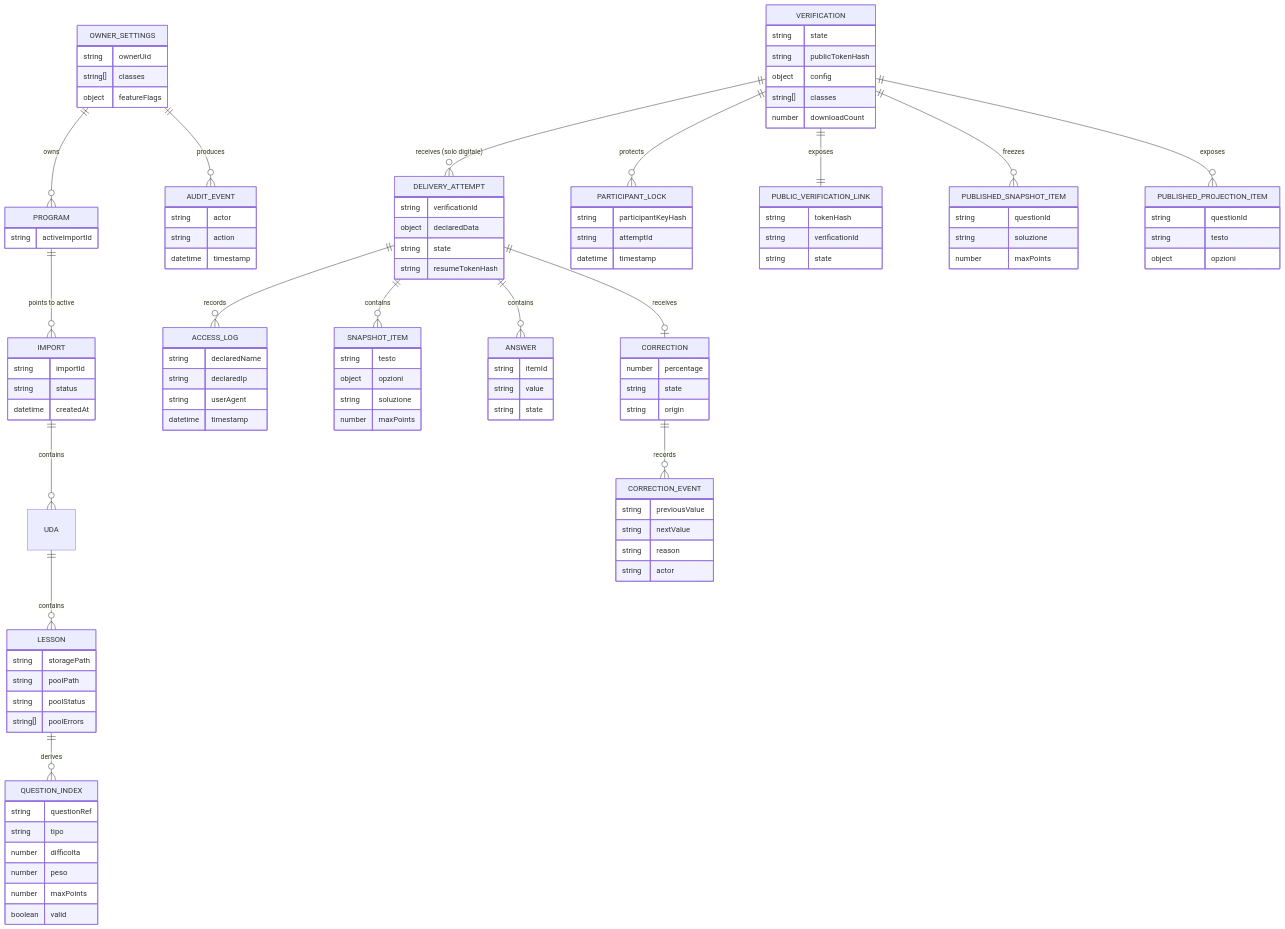
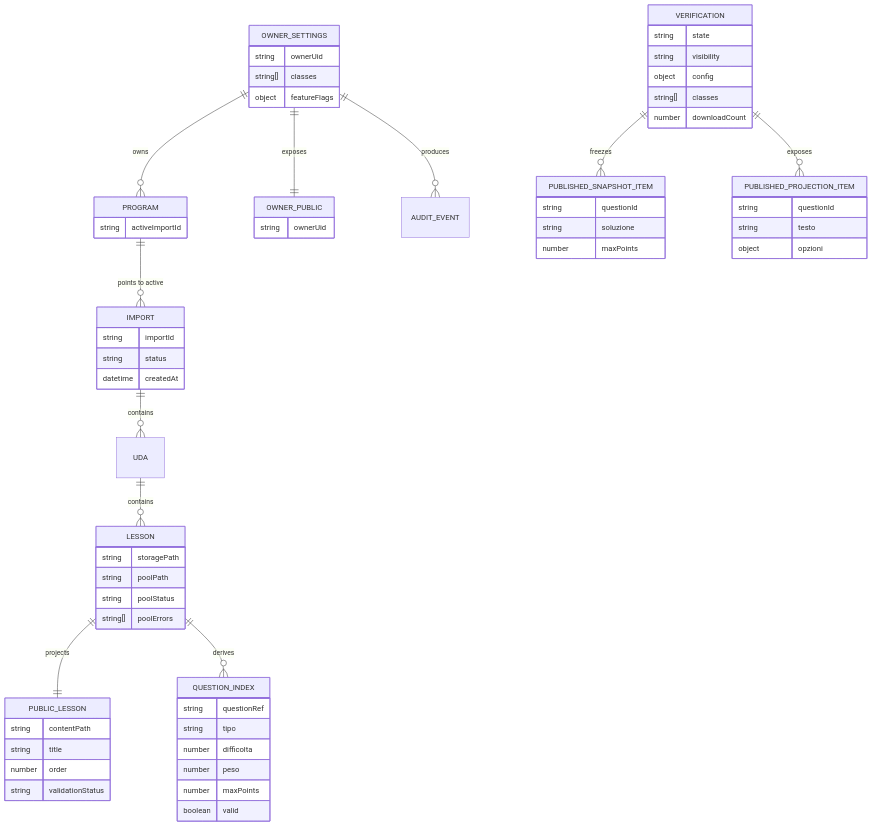
One commit to EnricoPaparo/SchoolForge changed the first of 2 diagrams in documentazione/diagrammi/er-model.md. Above: the diagram before and after it, drawn with Mermaid. The commit also changed 14 other files, not shown here.

````diff
--- a/documentazione/diagrammi/er-model.md
+++ b/documentazione/diagrammi/er-model.md
@@ -3,26 +3,23 @@
 ```mermaid
 erDiagram
     OWNER_SETTINGS ||--o{ PROGRAM : owns
+    OWNER_SETTINGS ||--|| OWNER_PUBLIC : exposes
     PROGRAM ||--o{ IMPORT : "points to active"
     IMPORT ||--o{ UDA : contains
     UDA ||--o{ LESSON : contains
+    LESSON ||--|| PUBLIC_LESSON : projects
     LESSON ||--o{ QUESTION_INDEX : derives
-    VERIFICATION ||--o{ DELIVERY_ATTEMPT : "receives (solo digitale)"
-    VERIFICATION ||--o{ PARTICIPANT_LOCK : protects
-    VERIFICATION ||--|| PUBLIC_VERIFICATION_LINK : exposes
     VERIFICATION ||--o{ PUBLISHED_SNAPSHOT_ITEM : freezes
     VERIFICATION ||--o{ PUBLISHED_PROJECTION_ITEM : exposes
-    DELIVERY_ATTEMPT ||--o{ ACCESS_LOG : records
-    DELIVERY_ATTEMPT ||--o{ SNAPSHOT_ITEM : contains
-    DELIVERY_ATTEMPT ||--o{ ANSWER : contains
-    DELIVERY_ATTEMPT ||--o| CORRECTION : receives
-    CORRECTION ||--o{ CORRECTION_EVENT : records
     OWNER_SETTINGS ||--o{ AUDIT_EVENT : produces
 
     OWNER_SETTINGS {
         string ownerUid
         string[] classes
         object featureFlags
+    }
+    OWNER_PUBLIC {
+        string ownerUid
     }
     PROGRAM {
         string activeImportId
@@ -38,6 +35,12 @@
         string poolStatus
         string[] poolErrors
     }
+    PUBLIC_LESSON {
+        string contentPath
+        string title
+        number order
+        string validationStatus
+    }
     QUESTION_INDEX {
         string questionRef
         string tipo
@@ -48,15 +51,10 @@
     }
     VERIFICATION {
         string state
-        string publicTokenHash
+        string visibility
         object config
         string[] classes
         number downloadCount
-    }
-    PUBLIC_VERIFICATION_LINK {
-        string tokenHash
-        string verificationId
-        string state
     }
     PUBLISHED_SNAPSHOT_ITEM {
         string questionId
@@ -68,48 +66,4 @@
         string testo
         object opzioni
     }
-    PARTICIPANT_LOCK {
-        string participantKeyHash
-        string attemptId
-        datetime timestamp
-    }
-    DELIVERY_ATTEMPT {
-        string verificationId
-        object declaredData
-        string state
-        string resumeTokenHash
-    }
-    ACCESS_LOG {
-        string declaredName
-        string declaredIp
-        string userAgent
-        datetime timestamp
-    }
-    SNAPSHOT_ITEM {
-        string testo
-        object opzioni
-        string soluzione
-        number maxPoints
-    }
-    ANSWER {
-        string itemId
-        string value
-        string state
-    }
-    CORRECTION {
-        number percentage
-        string state
-        string origin
-    }
-    CORRECTION_EVENT {
-        string previousValue
-        string nextValue
-        string reason
-        string actor
-    }
-    AUDIT_EVENT {
-        string actor
-        string action
-        datetime timestamp
-    }
 ```
````
